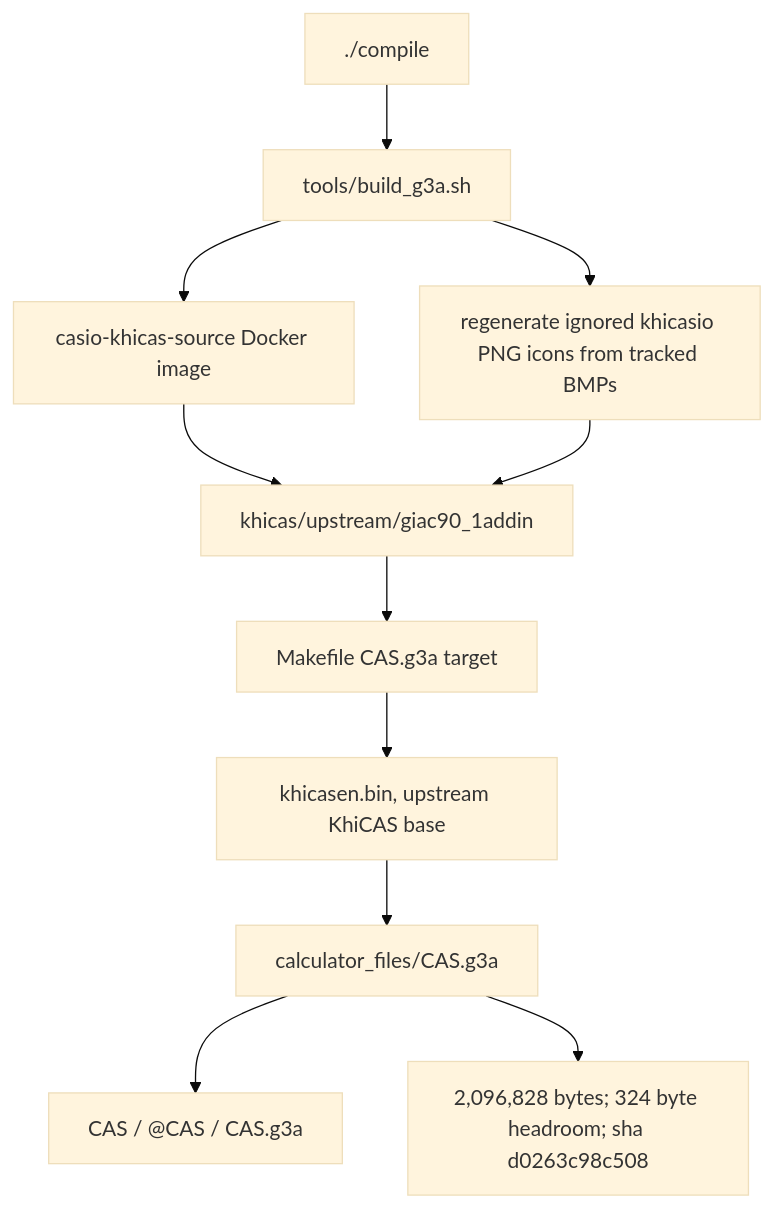
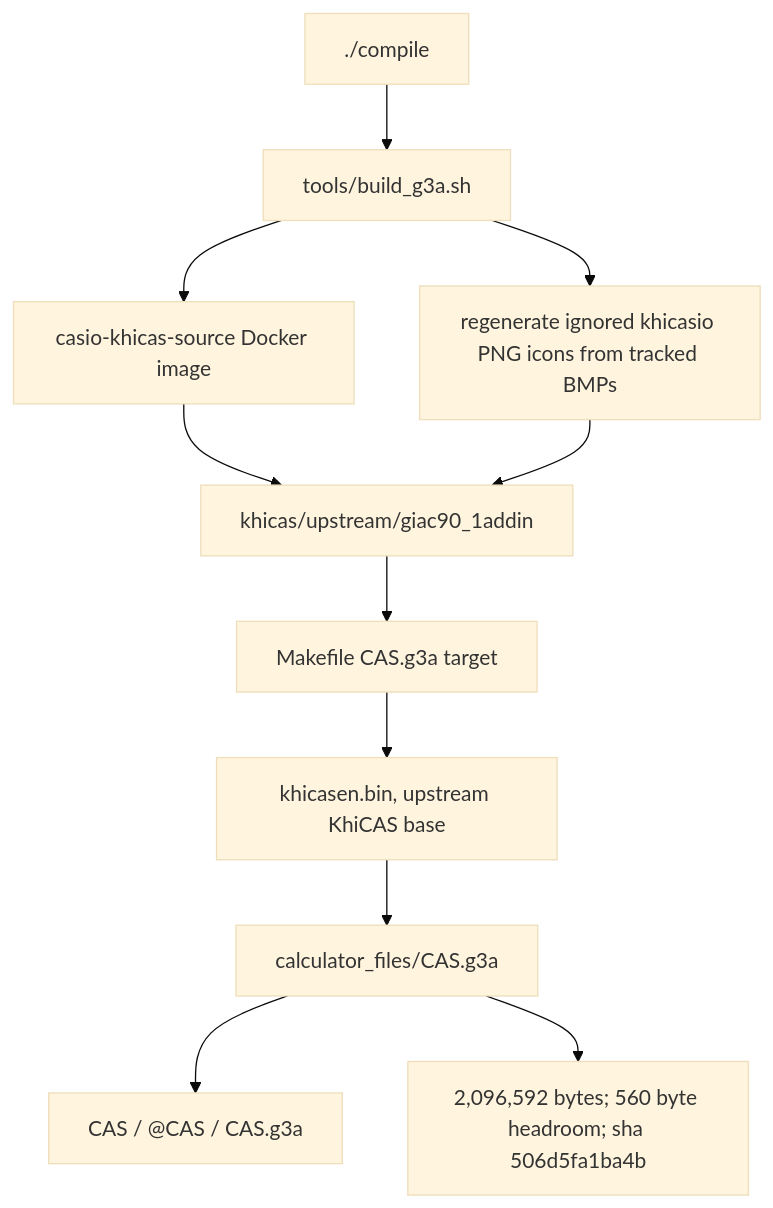
One commit to james8464/notes-addin-casio-fx-cg50 changed the first of 6 diagrams in docs/GRAPH.md. Above: the diagram before and after it, drawn with Mermaid (base theme). The commit also changed other lines of this file and 9 other files, not shown here.

````diff
--- a/docs/GRAPH.md
+++ b/docs/GRAPH.md
@@ -7,13 +7,13 @@
 ```mermaid
 graph TD
   Compile["./compile"] --> Build["tools/build_g3a.sh"]
   Build --> Docker["casio-khicas-source Docker image"]
   Docker --> Src["khicas/upstream/giac90_1addin"]
   Build --> Icons["regenerate ignored khicasio PNG icons from tracked BMPs"]
   Icons --> Src
   Src --> Make["Makefile CAS.g3a target"]
   Make --> Bin["khicasen.bin, upstream KhiCAS base"]
   Bin --> G3A["calculator_files/CAS.g3a"]
   G3A --> Meta["CAS / @CAS / CAS.g3a"]
-  G3A --> Size["2,096,828 bytes; 324 byte headroom; sha d0263c98c508"]
+  G3A --> Size["2,096,592 bytes; 560 byte headroom; sha 506d5fa1ba4b"]
 ```
````
